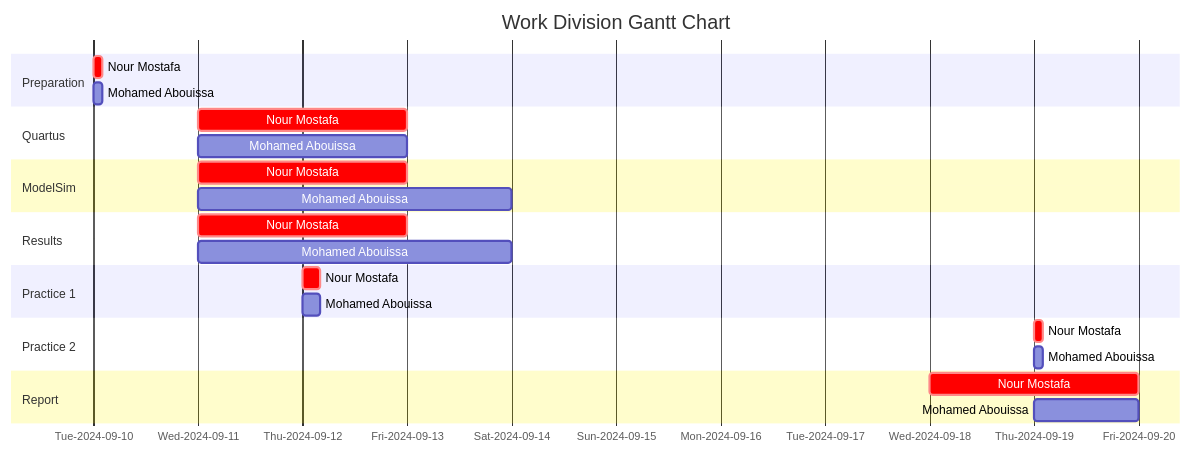
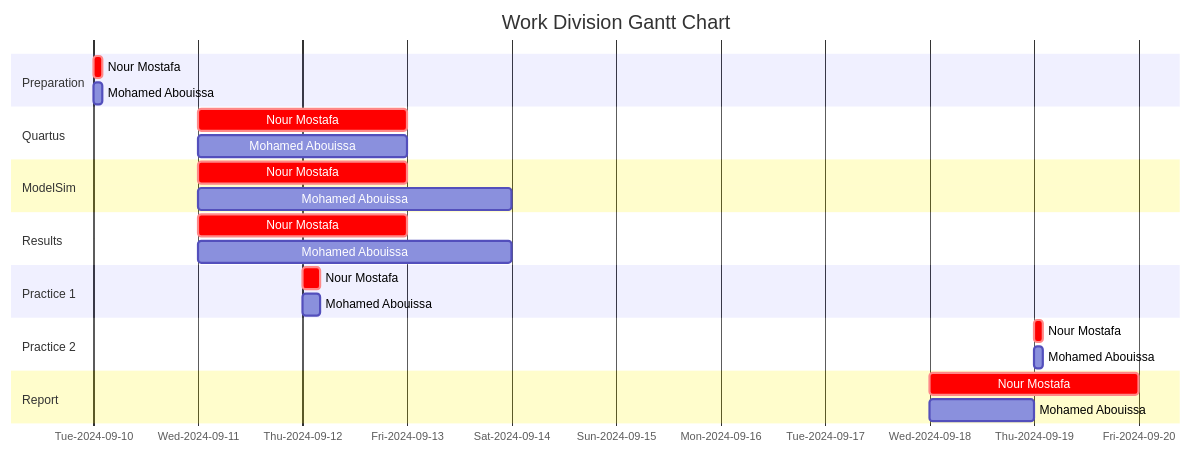
One commit to MONO-1223/AURAK-CENG336-ComputerArchitectureLab changed the diagram in Lab 01 - Switches, Lights, and Multiplexers/README.md. Above: the diagram before and after it, drawn with Mermaid.

Commit message:
I am M7MO9A
i do anything to let nour happy

````diff
--- a/Lab 01 - Switches, Lights, and Multiplexers/README.md
+++ b/Lab 01 - Switches, Lights, and Multiplexers/README.md
@@ -687,28 +687,28 @@
 ```mermaid
 gantt
     title Work Division Gantt Chart
     tickInterval 1day
     todayMarker off
     axisFormat %a-%Y-%m-%d
     section Preparation         
-        Nour Mostafa : crit, 2024-09-10, 02h
-        Mohamed Abouissa : 2024-09-10, 02h
+        Nour Mostafa : crit, 2024-09-10 00:00, 02h
+        Mohamed Abouissa : 2024-09-10 00:00, 02h
     section Quartus         
-        Nour Mostafa : crit, 2024-09-11, 2d
-        Mohamed Abouissa : 2024-09-11, 2d
+        Nour Mostafa : crit, 2024-09-11 00:00, 2d
+        Mohamed Abouissa : 2024-09-11 00:00, 2d
     section ModelSim       
-        Nour Mostafa : crit,2024-09-11, 2d
-        Mohamed Abouissa : 2024-09-11, 3d
+        Nour Mostafa : crit,2024-09-11 00:00, 2d
+        Mohamed Abouissa : 2024-09-11 00:00, 3d
     section Results       
-        Nour Mostafa : crit,2024-09-11, 2d
-        Mohamed Abouissa : 2024-09-11, 3d
+        Nour Mostafa : crit,2024-09-11 00:00, 2d
+        Mohamed Abouissa : 2024-09-11 00:00, 3d
     section Practice 1         
-        Nour Mostafa : crit,2024-09-12, 04h
-        Mohamed Abouissa : 2024-09-12, 04h
+        Nour Mostafa : crit,2024-09-12 00:00, 04h
+        Mohamed Abouissa : 2024-09-12 00:00, 04h
     section Practice 2         
-        Nour Mostafa : crit, 2024-09-19, 02h
-        Mohamed Abouissa : 2024-09-19, 02h
+        Nour Mostafa : crit, 2024-09-19 00:00, 02h
+        Mohamed Abouissa : 2024-09-19 00:00, 02h
     section Report
-        Nour Mostafa : crit,2024-09-18, 2d
-        Mohamed Abouissa : 2024-09-19, 1d
+        Nour Mostafa : crit,2024-09-18 00:00, 2d
+        Mohamed Abouissa : 2024-09-18 00:00, 1d
 ```
````
